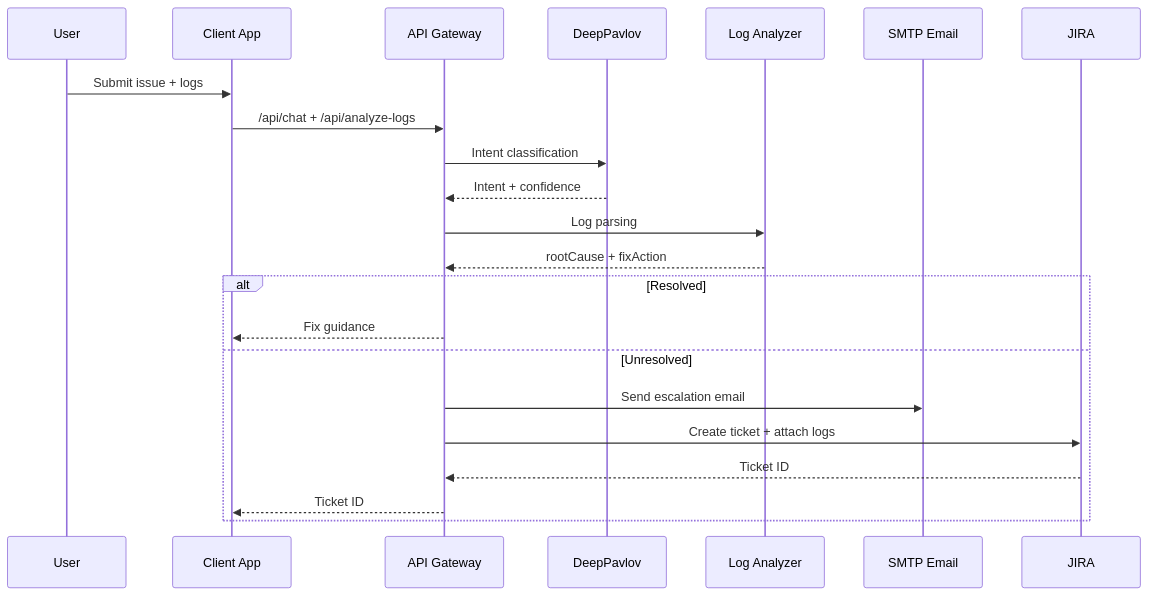
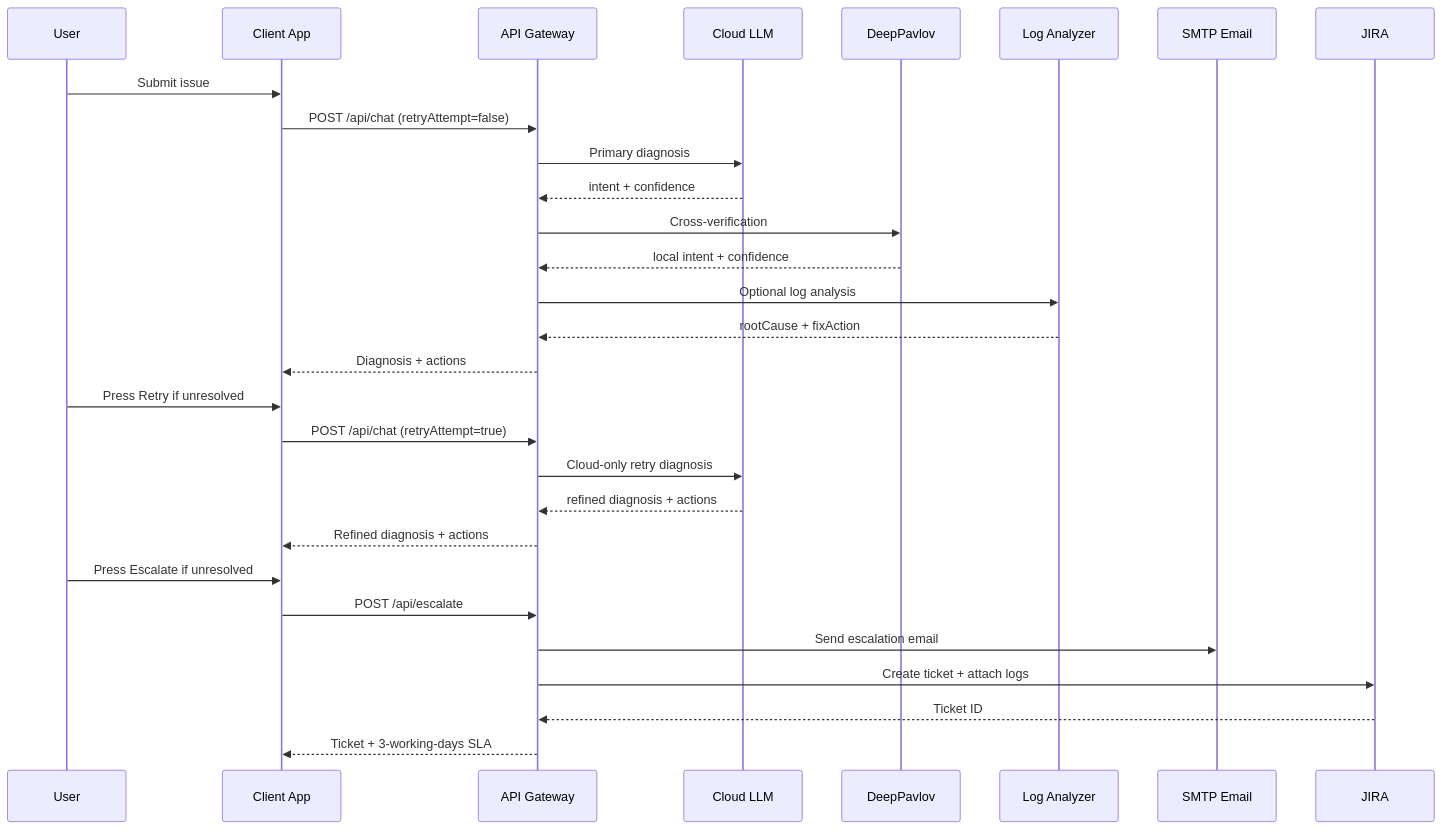
Before and after one commit to winitramesh2/AegisAgent: the third of 3 diagrams in docs/DIAGRAMS.md, drawn with Mermaid. The commit also changed other lines of this file and 4 other files, not shown here.

Commit message:
Document cloud-first support workflow and retry/escalation path

````diff
--- a/docs/DIAGRAMS.md
+++ b/docs/DIAGRAMS.md
@@ -42,25 +50,32 @@
 ```mermaid
 sequenceDiagram
   participant U as User
   participant M as Client App
   participant A as API Gateway
+  participant C as Cloud LLM
   participant D as DeepPavlov
   participant L as Log Analyzer
   participant E as SMTP Email
   participant J as JIRA
 
-  U->>M: Submit issue + logs
-  M->>A: /api/chat + /api/analyze-logs
-  A->>D: Intent classification
-  D-->>A: Intent + confidence
-  A->>L: Log parsing
+  U->>M: Submit issue
+  M->>A: POST /api/chat (retryAttempt=false)
+  A->>C: Primary diagnosis
+  C-->>A: intent + confidence
+  A->>D: Cross-verification
+  D-->>A: local intent + confidence
+  A->>L: Optional log analysis
   L-->>A: rootCause + fixAction
-  alt Resolved
-    A-->>M: Fix guidance
-  else Unresolved
-    A->>E: Send escalation email
-    A->>J: Create ticket + attach logs
-    J-->>A: Ticket ID
-    A-->>M: Ticket ID
-  end
+  A-->>M: Diagnosis + actions
+  U->>M: Press Retry if unresolved
+  M->>A: POST /api/chat (retryAttempt=true)
+  A->>C: Cloud-only retry diagnosis
+  C-->>A: refined diagnosis + actions
+  A-->>M: Refined diagnosis + actions
+  U->>M: Press Escalate if unresolved
+  M->>A: POST /api/escalate
+  A->>E: Send escalation email
+  A->>J: Create ticket + attach logs
+  J-->>A: Ticket ID
+  A-->>M: Ticket + 3-working-days SLA
 ```
````
